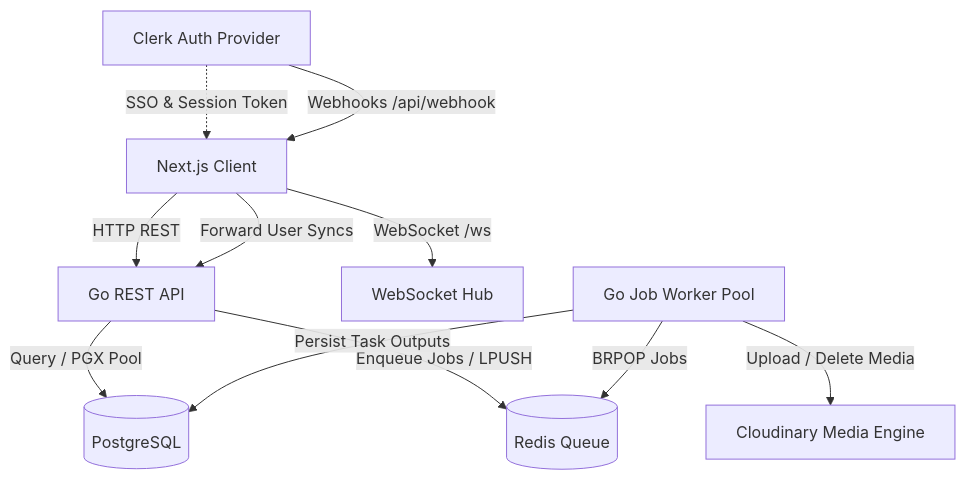
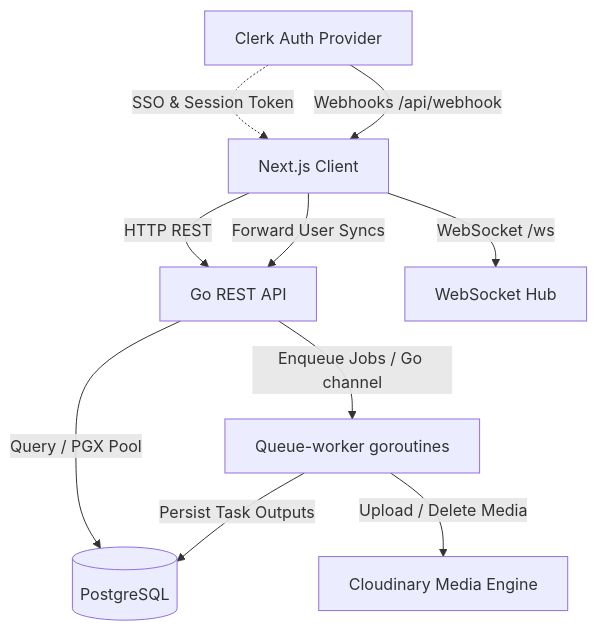
Before and after one commit to wirayuda299/cord: the first of 6 diagrams in developer_documentation.md, drawn with Mermaid. The commit also changed other lines of this file and 42 other files, not shown here.

````diff
--- a/developer_documentation.md
+++ b/developer_documentation.md
@@ -20,13 +21,12 @@
 ```mermaid
 graph TD
     Client[Next.js Client] -->|HTTP REST| GoAPI[Go REST API]
     Client -->|WebSocket /ws| GoHub[WebSocket Hub]
     ClerkAuth[Clerk Auth Provider] -.->|SSO & Session Token| Client
     ClerkAuth -->|Webhooks /api/webhook| Client
     Client -->|Forward User Syncs| GoAPI
     GoAPI -->|Query / PGX Pool| PostgreSQL[(PostgreSQL)]
-    GoAPI -->|Enqueue Jobs / LPUSH| Redis[(Redis Queue)]
-    GoWorker[Go Job Worker Pool] -->|BRPOP Jobs| Redis
+    GoAPI -->|Enqueue Jobs / Go channel| GoWorker[Queue-worker goroutines]
     GoWorker -->|Persist Task Outputs| PostgreSQL
     GoWorker -->|Upload / Delete Media| Cloudinary[Cloudinary Media Engine]
 ```
````
